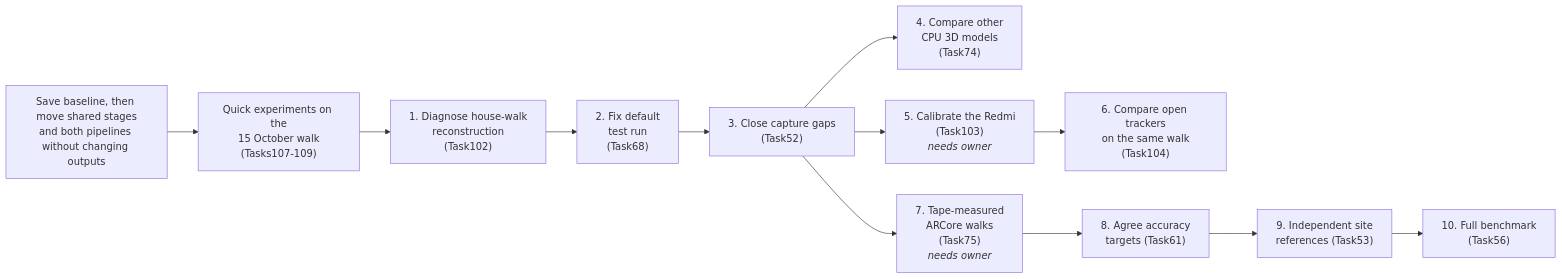
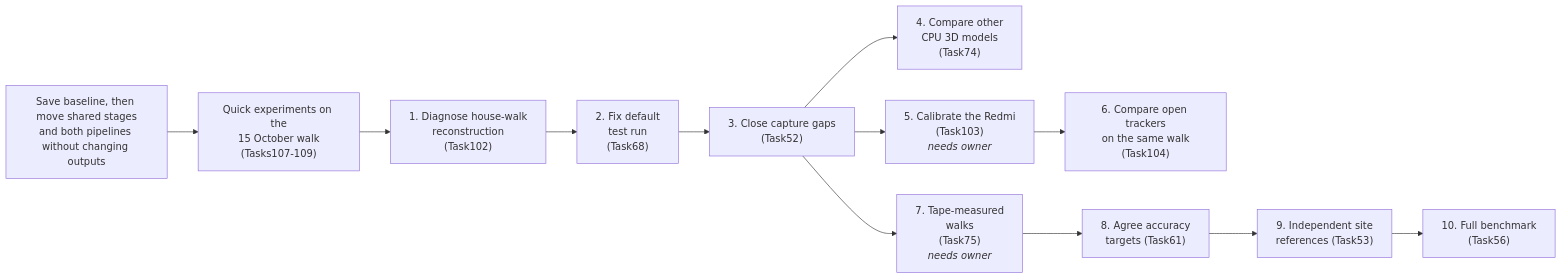
The diagram in PROJECT_PLAN.md (jkind9/FYLD_research), drawn with Mermaid before and after one commit. The commit also changed other lines of this file and 57 other files, not shown here.

````diff
--- a/PROJECT_PLAN.md
+++ b/PROJECT_PLAN.md
@@ -291,14 +361,14 @@
 ```mermaid
 flowchart LR
     R["Save baseline, then move shared stages<br/>and both pipelines without changing outputs"] --> A0
     A0["Quick experiments on the<br/>15 October walk<br/>(Tasks107-109)"] --> A["1. Diagnose house-walk<br/>reconstruction<br/>(Task102)"]
     A --> B["2. Fix default<br/>test run<br/>(Task68)"]
     B --> C["3. Close capture gaps<br/>(Task52)"]
     C --> D["4. Compare other<br/>CPU 3D models<br/>(Task74)"]
     C --> E["5. Calibrate the Redmi<br/>(Task103)<br/><i>needs owner</i>"]
     E --> F["6. Compare open trackers<br/>on the same walk<br/>(Task104)"]
-    C --> G["7. Tape-measured<br/>ARCore walks<br/>(Task75)<br/><i>needs owner</i>"]
+    C --> G["7. Tape-measured<br/>walks<br/>(Task75)<br/><i>needs owner</i>"]
     G --> H["8. Agree accuracy<br/>targets (Task61)"]
     H --> I["9. Independent site<br/>references (Task53)"]
     I --> J["10. Full benchmark<br/>(Task56)"]
 ```
````
